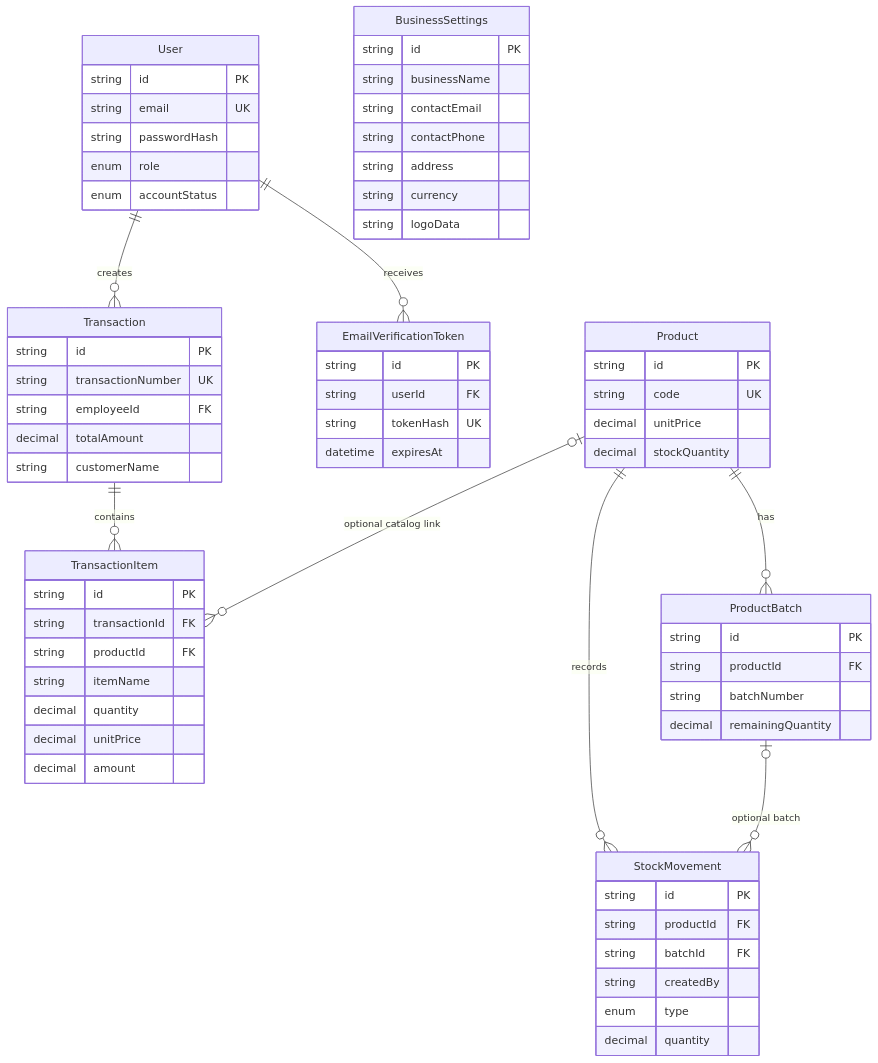
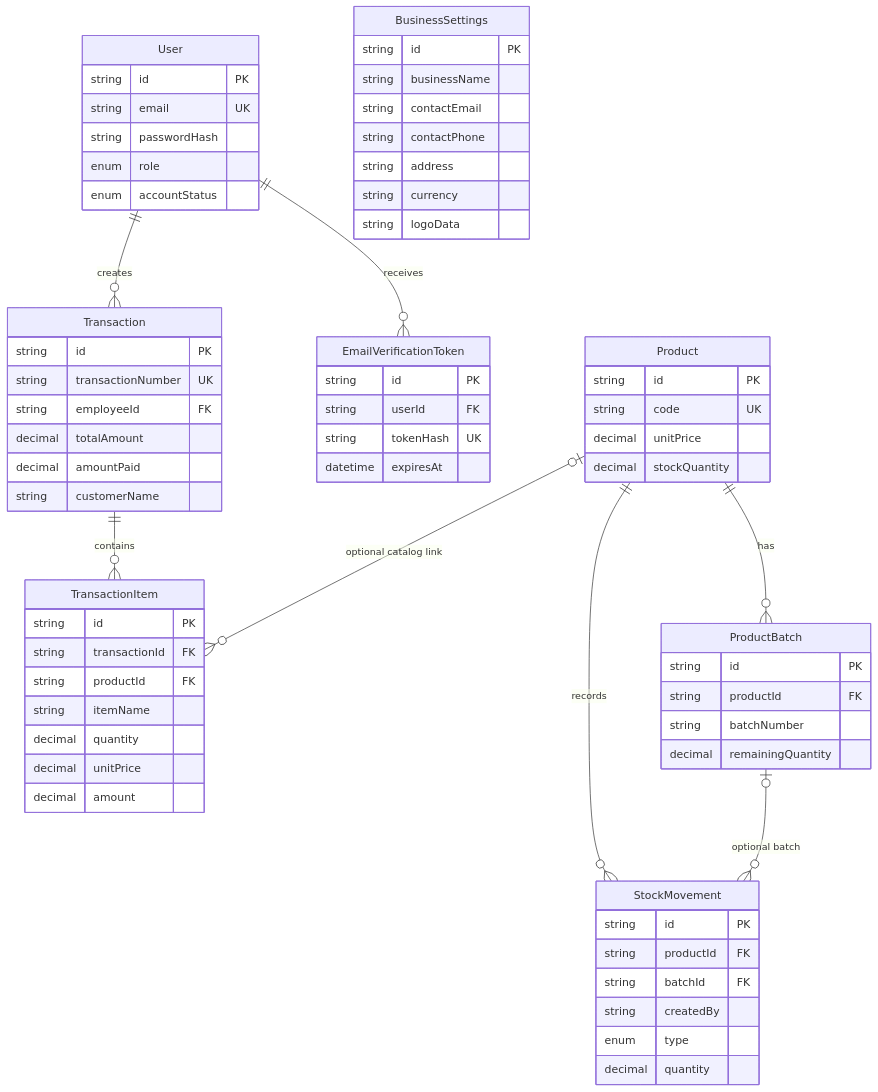
One commit to Abdullahi-Suugani/BizManager- changed the second of 2 diagrams in README.md. Above: the diagram before and after it, drawn with Mermaid. The commit also changed other lines of this file and 17 other files, not shown here.

````diff
--- a/README.md
+++ b/README.md
@@ -368,68 +370,69 @@
 ```mermaid
 erDiagram
     User ||--o{ Transaction : creates
     User ||--o{ EmailVerificationToken : receives
     Transaction ||--o{ TransactionItem : contains
     Product o|--o{ TransactionItem : "optional catalog link"
     Product ||--o{ ProductBatch : has
     Product ||--o{ StockMovement : records
     ProductBatch o|--o{ StockMovement : "optional batch"
     BusinessSettings {
         string id PK
         string businessName
         string contactEmail
         string contactPhone
         string address
         string currency
         string logoData
     }
     User {
         string id PK
         string email UK
         string passwordHash
         enum role
         enum accountStatus
     }
     Transaction {
         string id PK
         string transactionNumber UK
         string employeeId FK
         decimal totalAmount
+        decimal amountPaid
         string customerName
     }
     TransactionItem {
         string id PK
         string transactionId FK
         string productId FK
         string itemName
         decimal quantity
         decimal unitPrice
         decimal amount
     }
     Product {
         string id PK
         string code UK
         decimal unitPrice
         decimal stockQuantity
     }
     ProductBatch {
         string id PK
         string productId FK
         string batchNumber
         decimal remainingQuantity
     }
     StockMovement {
         string id PK
         string productId FK
         string batchId FK
         string createdBy
         enum type
         decimal quantity
     }
     EmailVerificationToken {
         string id PK
         string userId FK
         string tokenHash UK
         datetime expiresAt
     }
 ```
````
